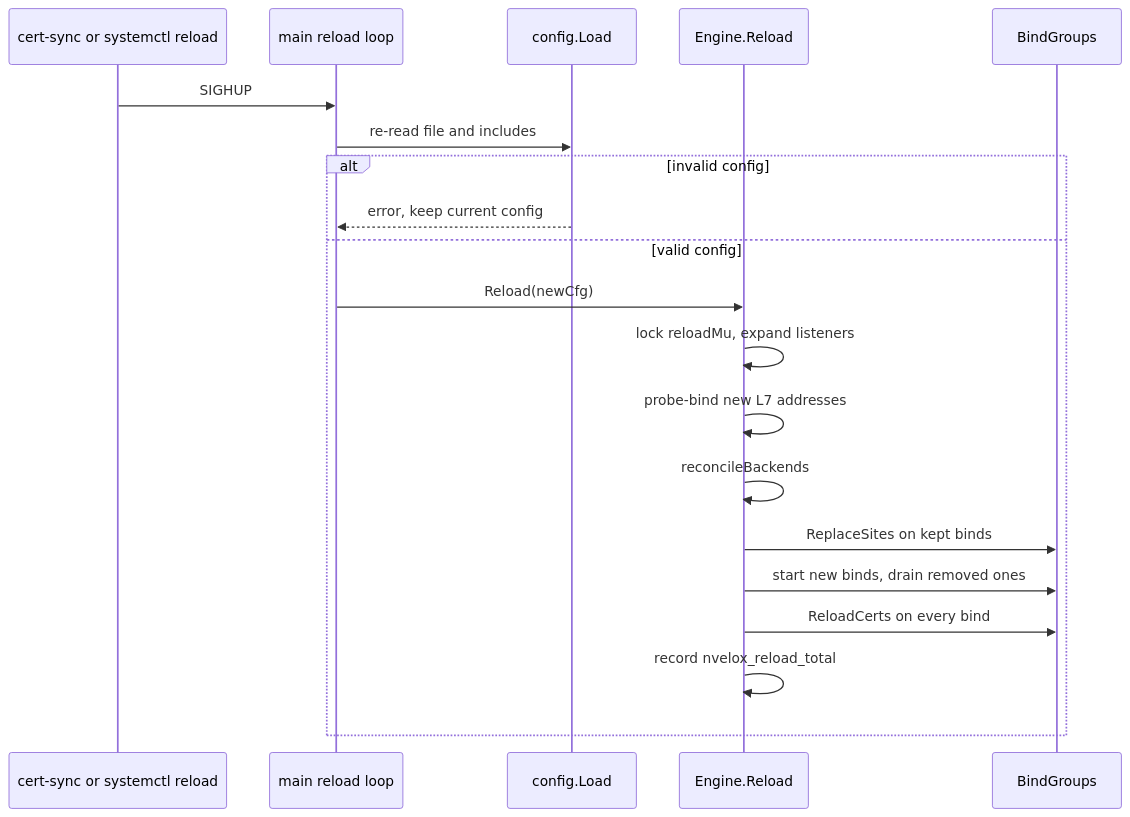
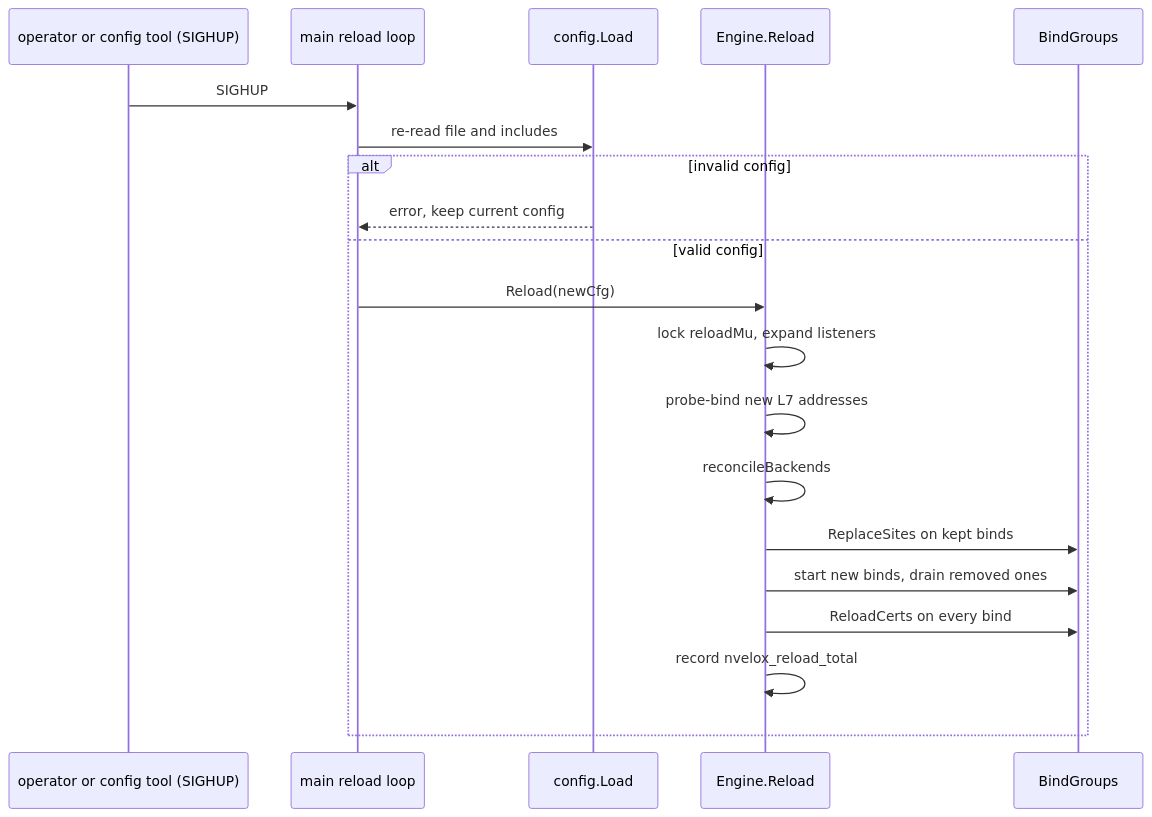
One commit to nvelox/nvelox changed the fifth of 6 diagrams in docs/ARCHITECTURE.md. Above: the diagram before and after it, drawn with Mermaid. The commit also changed other lines of this file and 20 other files, not shown here.

````diff
--- a/docs/ARCHITECTURE.md
+++ b/docs/ARCHITECTURE.md
@@ -215,22 +190,22 @@
 ```mermaid
 sequenceDiagram
-  participant O as cert-sync or systemctl reload
+  participant O as operator or config tool (SIGHUP)
   participant M as main reload loop
   participant F as config.Load
   participant E as Engine.Reload
   participant G as BindGroups
   O->>M: SIGHUP
   M->>F: re-read file and includes
   alt invalid config
     F-->>M: error, keep current config
   else valid config
     M->>E: Reload(newCfg)
     E->>E: lock reloadMu, expand listeners
     E->>E: probe-bind new L7 addresses
     E->>E: reconcileBackends
     E->>G: ReplaceSites on kept binds
     E->>G: start new binds, drain removed ones
     E->>G: ReloadCerts on every bind
     E->>E: record nvelox_reload_total
   end
 ```
````
